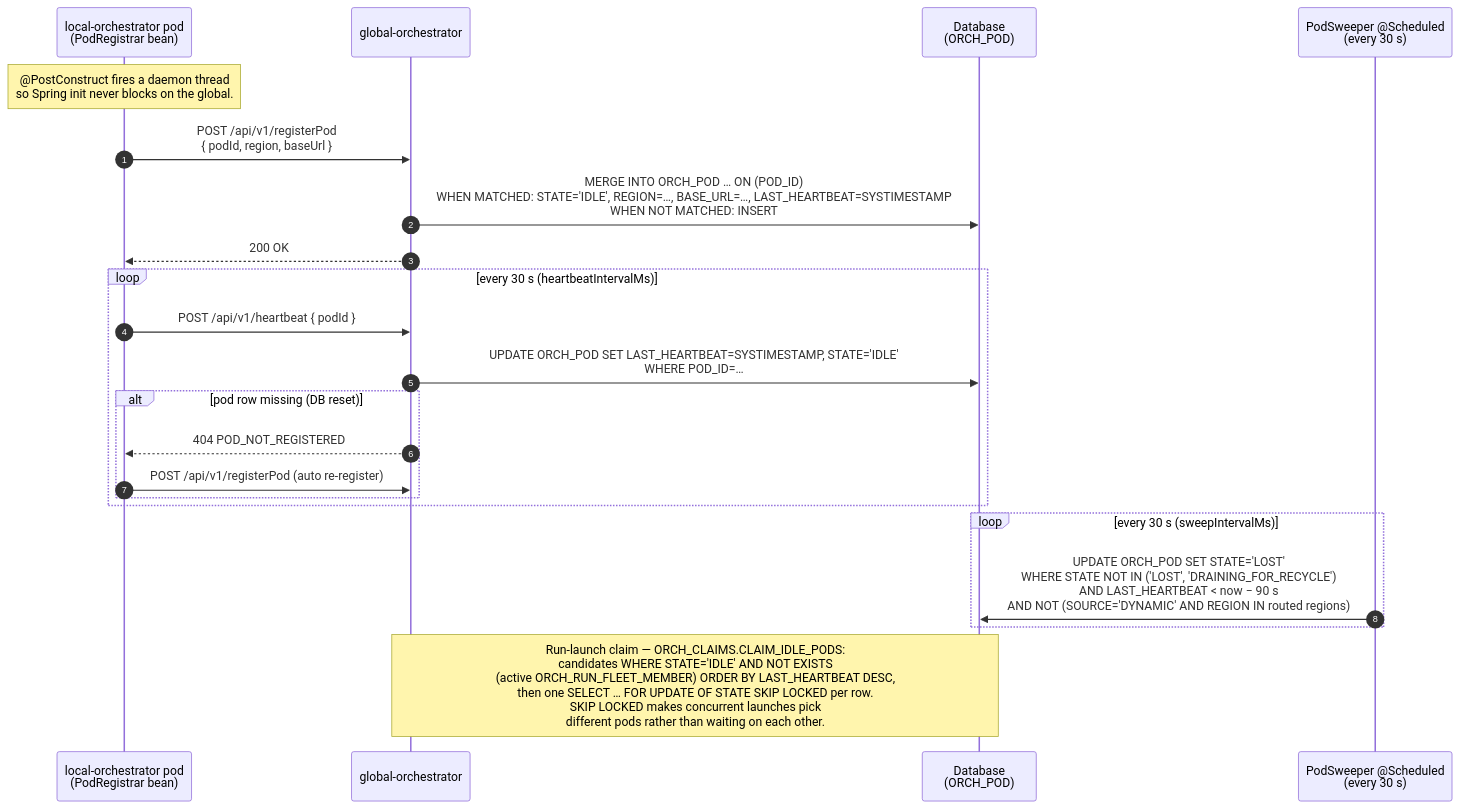
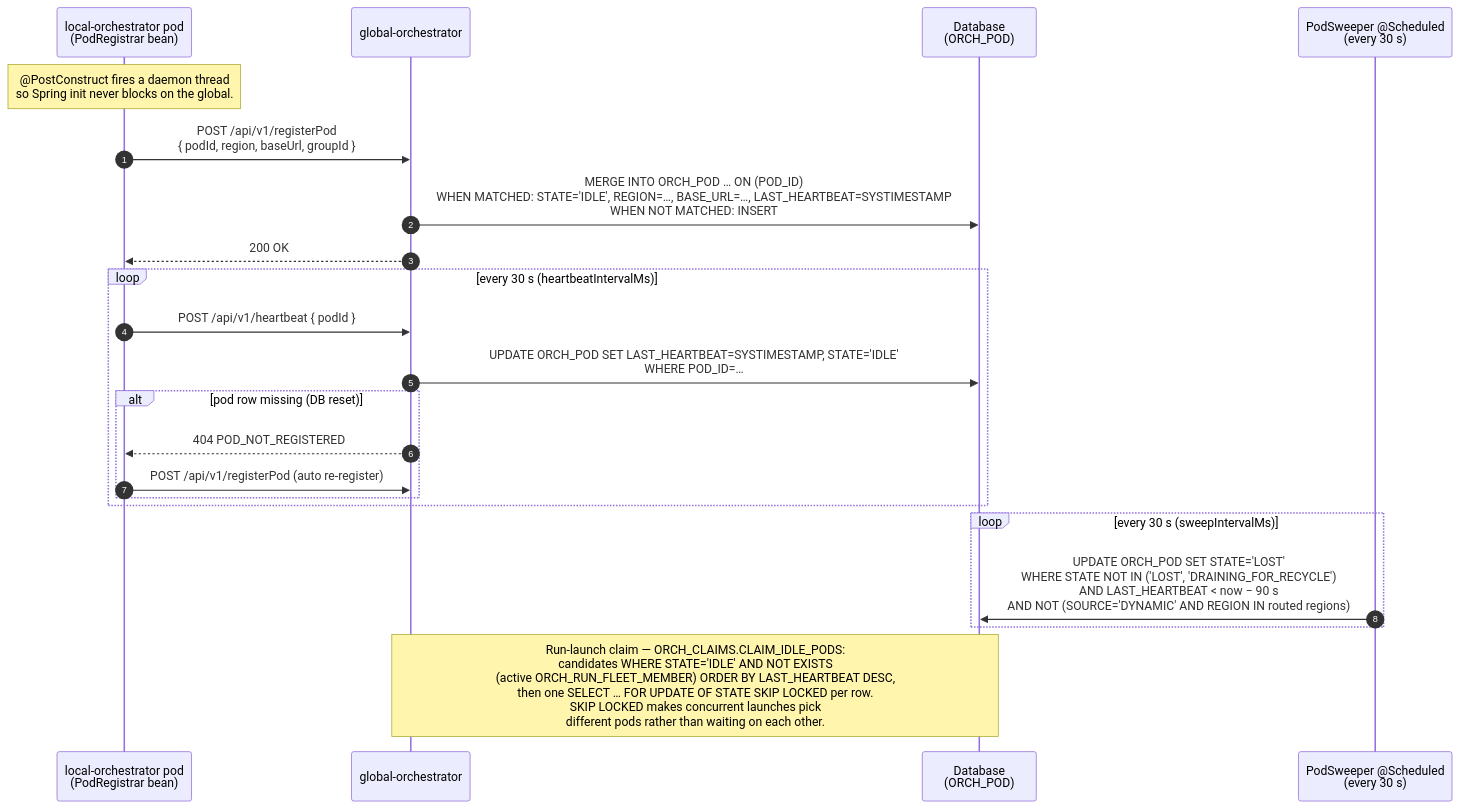
The third of 6 diagrams in docs/flowDiagrams.md (sharmakunal23/jmeter-cloud), drawn with Mermaid before and after one commit. The commit also changed other lines of this file and 39 other files, not shown here.

````diff
--- a/docs/flowDiagrams.md
+++ b/docs/flowDiagrams.md
@@ -114,29 +114,29 @@
 ```mermaid
 sequenceDiagram
     autonumber
     participant LO as local-orchestrator pod<br/>(PodRegistrar bean)
     participant GO as global-orchestrator
     participant DB as Database<br/>(ORCH_POD)
     participant SW as PodSweeper @Scheduled<br/>(every 30 s)
 
     Note over LO: @PostConstruct fires a daemon thread<br/>so Spring init never blocks on the global.
 
-    LO->>GO: POST /api/v1/registerPod<br/>{ podId, region, baseUrl }
+    LO->>GO: POST /api/v1/registerPod<br/>{ podId, region, baseUrl, groupId }
     GO->>DB: MERGE INTO ORCH_POD … ON (POD_ID)<br/>WHEN MATCHED: STATE='IDLE', REGION=…, BASE_URL=…, LAST_HEARTBEAT=SYSTIMESTAMP<br/>WHEN NOT MATCHED: INSERT
     GO-->>LO: 200 OK
 
     loop every 30 s (heartbeatIntervalMs)
         LO->>GO: POST /api/v1/heartbeat { podId }
         GO->>DB: UPDATE ORCH_POD SET LAST_HEARTBEAT=SYSTIMESTAMP, STATE='IDLE'<br/>WHERE POD_ID=…
         alt pod row missing (DB reset)
             GO-->>LO: 404 POD_NOT_REGISTERED
             LO->>GO: POST /api/v1/registerPod (auto re-register)
         end
     end
 
     loop every 30 s (sweepIntervalMs)
         SW->>DB: UPDATE ORCH_POD SET STATE='LOST'<br/>WHERE STATE NOT IN ('LOST', 'DRAINING_FOR_RECYCLE')<br/>AND LAST_HEARTBEAT < now − 90 s<br/>AND NOT (SOURCE='DYNAMIC' AND REGION IN routed regions)
     end
 
     Note over GO,DB: Run-launch claim — ORCH_CLAIMS.CLAIM_IDLE_PODS:<br/>candidates WHERE STATE='IDLE' AND NOT EXISTS<br/>(active ORCH_RUN_FLEET_MEMBER) ORDER BY LAST_HEARTBEAT DESC,<br/>then one SELECT … FOR UPDATE OF STATE SKIP LOCKED per row.<br/>SKIP LOCKED makes concurrent launches pick<br/>different pods rather than waiting on each other.
 ```
````
